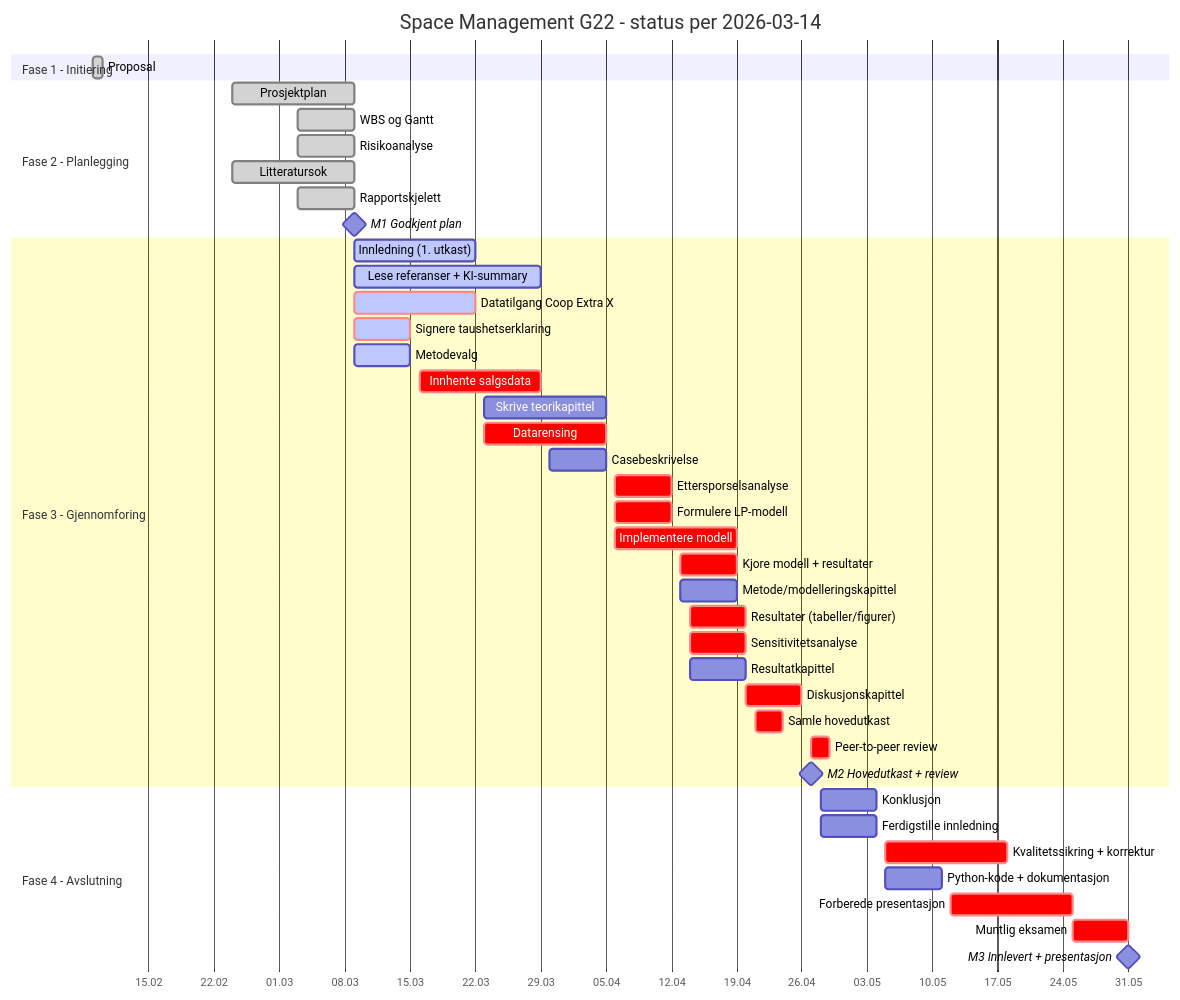
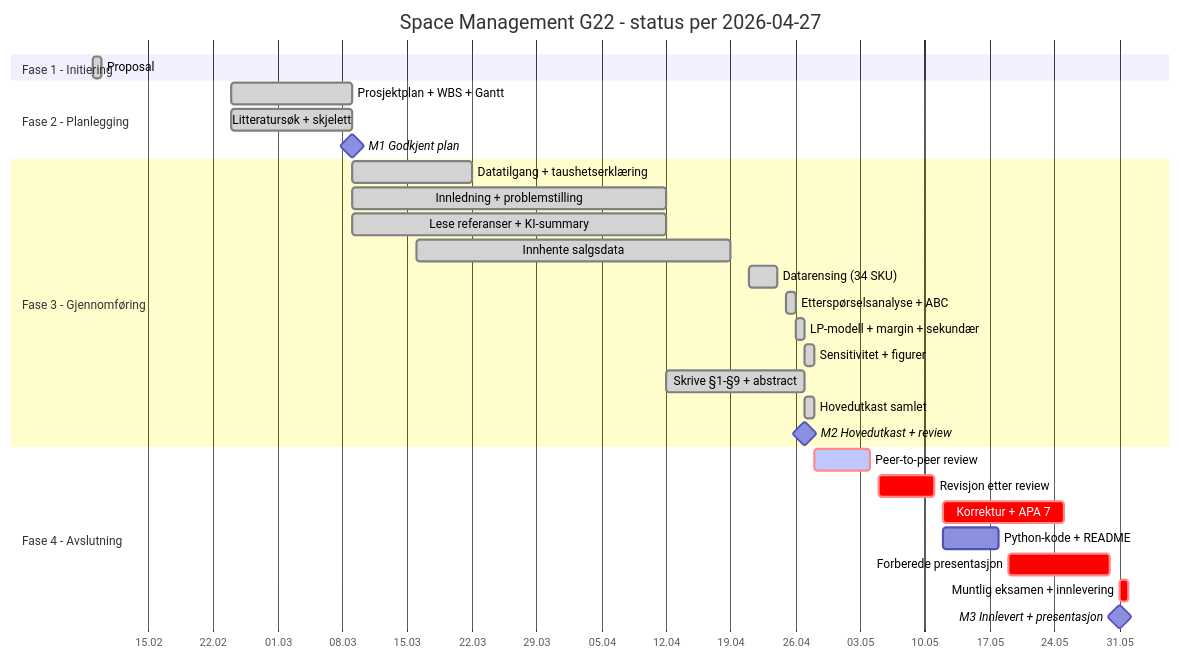
One commit to LOG650/G22-sfo changed the diagram in 012 fase 2 - plan/status.md. Above: the diagram before and after it, drawn with Mermaid. The commit also changed other lines of this file and 2 other files, not shown here.

First line of the commit message:
Synk schedule.json og status.md med faktisk fremdrift fase 3

````diff
--- a/012 fase 2 - plan/status.md
+++ b/012 fase 2 - plan/status.md
@@ -53,49 +64,36 @@
 ```mermaid
 gantt
-    title Space Management G22 - status per 2026-03-14
+    title Space Management G22 - status per 2026-04-27
     dateFormat  YYYY-MM-DD
     axisFormat  %d.%m
 
     section Fase 1 - Initiering
     Proposal                            :done, f1, 2026-02-09, 1d
 
     section Fase 2 - Planlegging
-    Prosjektplan                        :done, p1, 2026-02-24, 2026-03-09
-    WBS og Gantt                        :done, p2, 2026-03-03, 2026-03-09
-    Risikoanalyse                       :done, p3, 2026-03-03, 2026-03-09
-    Litteratursok                       :done, p4, 2026-02-24, 2026-03-09
-    Rapportskjelett                     :done, p5, 2026-03-03, 2026-03-09
+    Prosjektplan + WBS + Gantt          :done, p1, 2026-02-24, 2026-03-09
+    Litteratursøk + skjelett            :done, p2, 2026-02-24, 2026-03-09
     M1 Godkjent plan                    :milestone, m1, 2026-03-09, 0d
 
-    section Fase 3 - Gjennomforing
-    Innledning (1. utkast)              :active, g1, 2026-03-09, 2026-03-22
-    Lese referanser + KI-summary        :active, g2, 2026-03-09, 2026-03-29
-    Datatilgang Coop Extra X            :crit, active, g3, 2026-03-09, 2026-03-22
-    Signere taushetserklaring           :crit, active, g3b, 2026-03-09, 2026-03-15
-    Metodevalg                          :active, g4, 2026-03-09, 2026-03-15
-    Innhente salgsdata                  :crit, g5, 2026-03-16, 2026-03-29
-    Skrive teorikapittel                :g6, 2026-03-23, 2026-04-05
-    Datarensing                         :crit, g7, 2026-03-23, 2026-04-05
-    Casebeskrivelse                     :g8, 2026-03-30, 2026-04-05
-    Ettersporselsanalyse                :crit, g9, 2026-04-06, 2026-04-12
-    Formulere LP-modell                 :crit, g10, 2026-04-06, 2026-04-12
-    Implementere modell                 :crit, g11, 2026-04-06, 2026-04-19
-    Kjore modell + resultater           :crit, g12, 2026-04-13, 2026-04-19
-    Metode/modelleringskapittel         :g13, 2026-04-13, 2026-04-19
-    Resultater (tabeller/figurer)       :crit, g14, 2026-04-14, 2026-04-20
-    Sensitivitetsanalyse                :crit, g15, 2026-04-14, 2026-04-20
-    Resultatkapittel                    :g16, 2026-04-14, 2026-04-20
-    Diskusjonskapittel                  :crit, g17, 2026-04-20, 2026-04-26
-    Samle hovedutkast                   :crit, g18, 2026-04-21, 2026-04-24
-    Peer-to-peer review                 :crit, g19, 2026-04-27, 2026-04-29
+    section Fase 3 - Gjennomføring
+    Datatilgang + taushetserklæring     :done, g1, 2026-03-09, 2026-03-22
+    Innledning + problemstilling        :done, g2, 2026-03-09, 2026-04-12
+    Lese referanser + KI-summary        :done, g3, 2026-03-09, 2026-04-12
+    Innhente salgsdata                  :done, g4, 2026-03-16, 2026-04-19
+    Datarensing (34 SKU)                :done, g5, 2026-04-21, 2026-04-24
+    Etterspørselsanalyse + ABC          :done, g6, 2026-04-25, 2026-04-26
+    LP-modell + margin + sekundær       :done, g7, 2026-04-26, 2026-04-27
+    Sensitivitet + figurer              :done, g8, 2026-04-27, 1d
+    Skrive §1-§9 + abstract             :done, g9, 2026-04-12, 2026-04-27
+    Hovedutkast samlet                  :done, g10, 2026-04-27, 1d
     M2 Hovedutkast + review             :milestone, m2, 2026-04-27, 0d
 
     section Fase 4 - Avslutning
-    Konklusjon                          :a1, 2026-04-28, 2026-05-04
-    Ferdigstille innledning             :a2, 2026-04-28, 2026-05-04
-    Kvalitetssikring + korrektur        :crit, a3, 2026-05-05, 2026-05-18
-    Python-kode + dokumentasjon         :a4, 2026-05-05, 2026-05-11
-    Forberede presentasjon              :crit, a5, 2026-05-12, 2026-05-25
-    Muntlig eksamen                     :crit, a6, 2026-05-25, 2026-05-31
+    Peer-to-peer review                 :crit, active, a1, 2026-04-28, 2026-05-04
+    Revisjon etter review               :crit, a2, 2026-05-05, 2026-05-11
+    Korrektur + APA 7                   :crit, a3, 2026-05-12, 2026-05-25
+    Python-kode + README                :a4, 2026-05-12, 2026-05-18
+    Forberede presentasjon              :crit, a5, 2026-05-19, 2026-05-30
+    Muntlig eksamen + innlevering       :crit, a6, 2026-05-31, 1d
     M3 Innlevert + presentasjon         :milestone, m3, 2026-05-31, 0d
 ```
````
